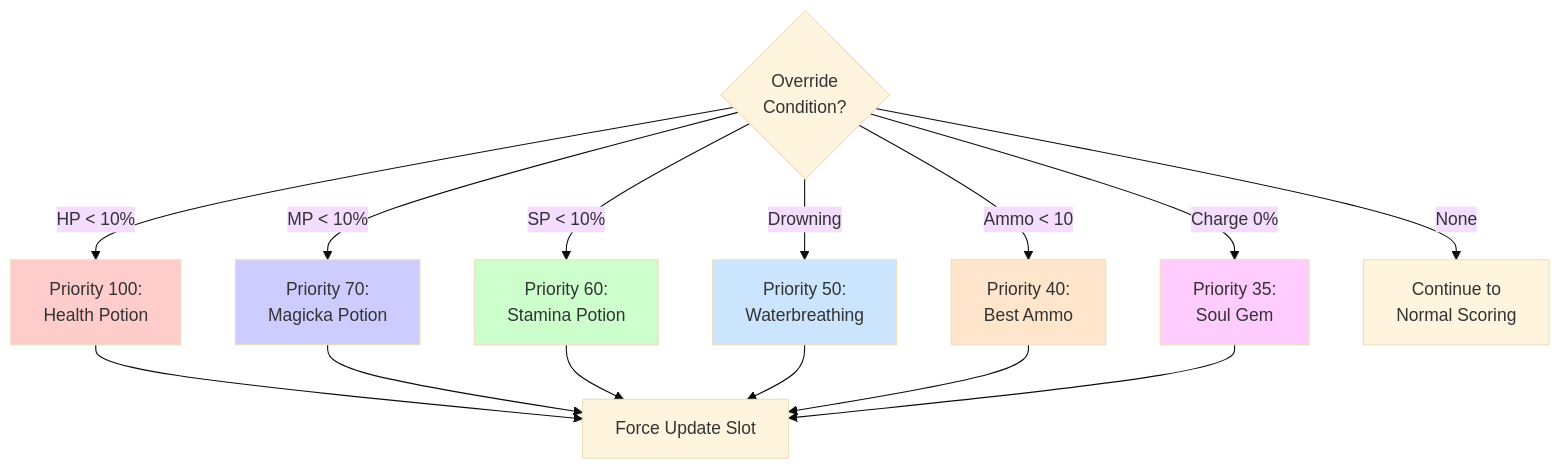
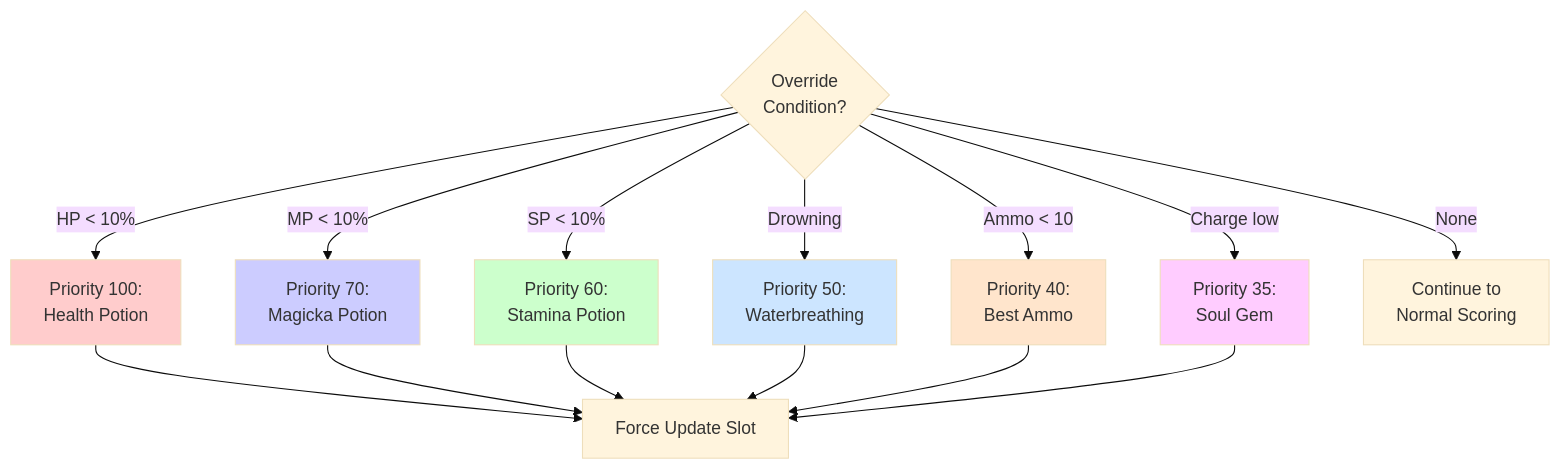
Before and after one commit to LandingCrew/huginn: the fifth of 10 diagrams in docs/architecture/0-pipeline.md, drawn with Mermaid (base theme). The commit also changed other lines of this file and 27 other files, not shown here.

````diff
--- a/docs/architecture/0-pipeline.md
+++ b/docs/architecture/0-pipeline.md
@@ -339,25 +418,25 @@
 ```mermaid
 graph TD
     Check{Override<br/>Condition?}
     Check -->|HP < 10%| HP[Priority 100:<br/>Health Potion]
     Check -->|MP < 10%| MP[Priority 70:<br/>Magicka Potion]
     Check -->|SP < 10%| SP[Priority 60:<br/>Stamina Potion]
     Check -->|Drowning| DW[Priority 50:<br/>Waterbreathing]
     Check -->|Ammo < 10| AM[Priority 40:<br/>Best Ammo]
-    Check -->|Charge 0%| WC[Priority 35:<br/>Soul Gem]
+    Check -->|Charge low| WC[Priority 35:<br/>Soul Gem]
     Check -->|None| Normal[Continue to<br/>Normal Scoring]
 
     HP --> Slot[Force Update Slot]
     MP --> Slot
     SP --> Slot
     DW --> Slot
     AM --> Slot
     WC --> Slot
 
     style HP fill:#ffcccc
     style MP fill:#ccccff
     style SP fill:#ccffcc
     style DW fill:#cce5ff
     style AM fill:#ffe5cc
     style WC fill:#ffccff
 ```
````
